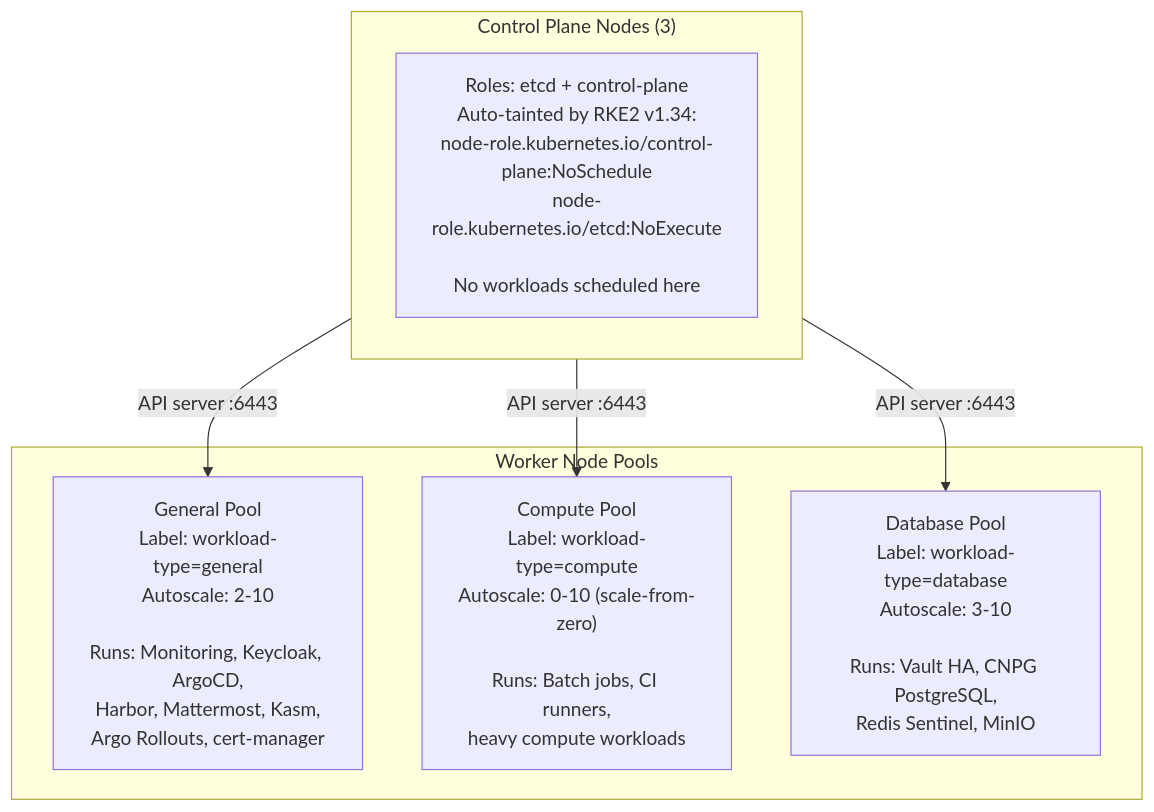
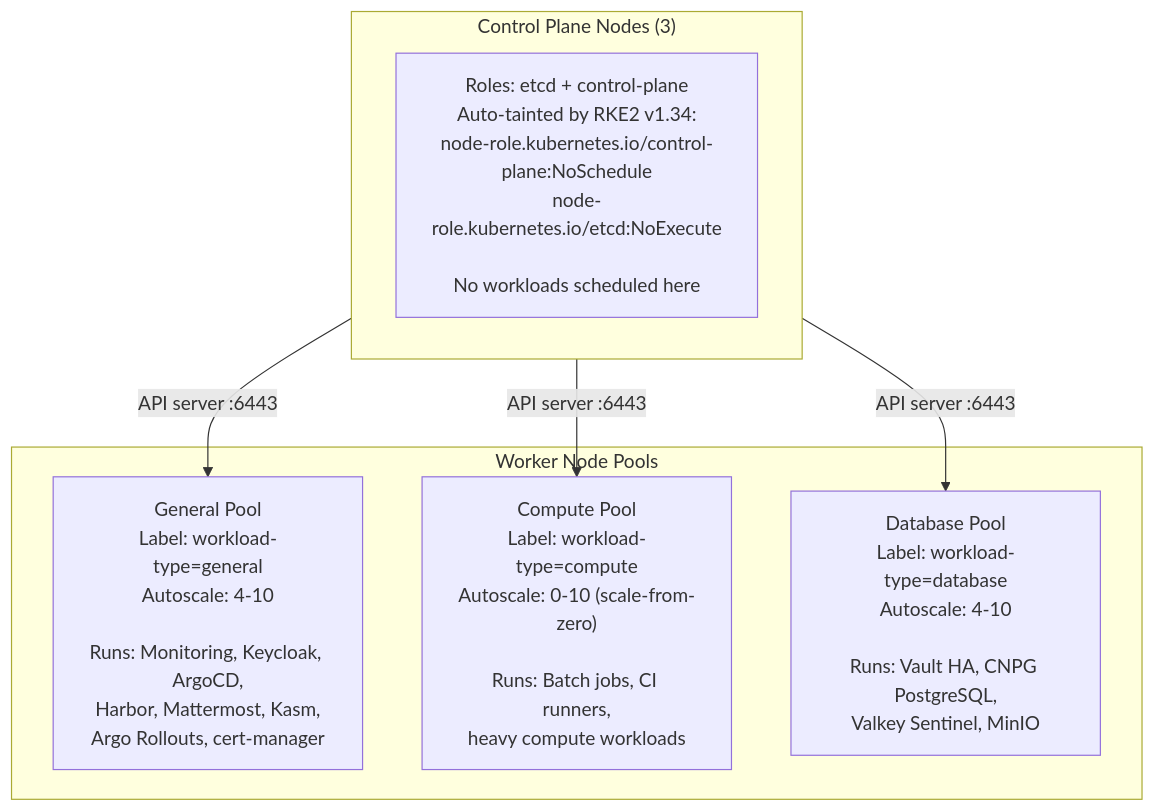
The fourth of 26 diagrams in docs/engineering/system-architecture.md (derhornspieler/harvester-rke2-platform), drawn with Mermaid before and after one commit. The commit also changed other lines of this file and 40 other files, not shown here.

````diff
--- a/docs/engineering/system-architecture.md
+++ b/docs/engineering/system-architecture.md
@@ -218,18 +224,18 @@
 ```mermaid
 graph TD
     subgraph CP["Control Plane Nodes (3)"]
         CPRole["Roles: etcd + control-plane<br/>Auto-tainted by RKE2 v1.34:<br/>node-role.kubernetes.io/control-plane:NoSchedule<br/>node-role.kubernetes.io/etcd:NoExecute<br/><br/>No workloads scheduled here"]
     end
 
     subgraph Workers["Worker Node Pools"]
-        G["General Pool<br/>Label: workload-type=general<br/>Autoscale: 2-10<br/><br/>Runs: Monitoring, Keycloak, ArgoCD,<br/>Harbor, Mattermost, Kasm,<br/>Argo Rollouts, cert-manager"]
+        G["General Pool<br/>Label: workload-type=general<br/>Autoscale: 4-10<br/><br/>Runs: Monitoring, Keycloak, ArgoCD,<br/>Harbor, Mattermost, Kasm,<br/>Argo Rollouts, cert-manager"]
 
         C["Compute Pool<br/>Label: workload-type=compute<br/>Autoscale: 0-10 (scale-from-zero)<br/><br/>Runs: Batch jobs, CI runners,<br/>heavy compute workloads"]
 
-        D["Database Pool<br/>Label: workload-type=database<br/>Autoscale: 3-10<br/><br/>Runs: Vault HA, CNPG PostgreSQL,<br/>Redis Sentinel, MinIO"]
+        D["Database Pool<br/>Label: workload-type=database<br/>Autoscale: 4-10<br/><br/>Runs: Vault HA, CNPG PostgreSQL,<br/>Valkey Sentinel, MinIO"]
     end
 
     CP -->|"API server :6443"| G
     CP -->|"API server :6443"| C
     CP -->|"API server :6443"| D
 ```
````
